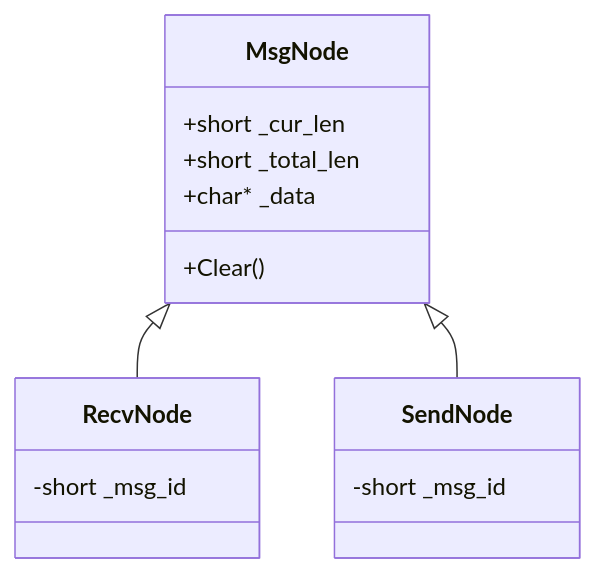
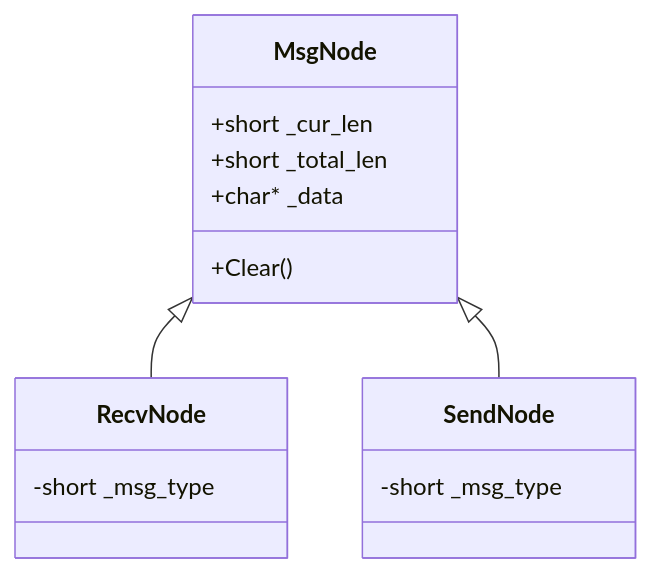
The fourth of 6 diagrams in .qoder/repowiki/zh/content/架构设计/微服务架构设计/ChatServer聊天核心服务/会话管理机制.md (echo9923/mychatter), drawn with Mermaid before and after one commit. The commit also changed other lines of this file and 128 other files, not shown here.

First line of the commit message:
refactor(protocol): TCP 帧头消息类型 msg_id 全局改名为 msg_type

````diff
--- a/.qoder/repowiki/zh/content/架构设计/微服务架构设计/ChatServer聊天核心服务/会话管理机制.md
+++ b/.qoder/repowiki/zh/content/架构设计/微服务架构设计/ChatServer聊天核心服务/会话管理机制.md
@@ -182,17 +182,17 @@
 ```mermaid
 classDiagram
 class MsgNode {
 +short _cur_len
 +short _total_len
 +char* _data
 +Clear()
 }
 class RecvNode {
--short _msg_id
+-short _msg_type
 }
 class SendNode {
--short _msg_id
+-short _msg_type
 }
 MsgNode <|-- RecvNode
 MsgNode <|-- SendNode
 ```
````
